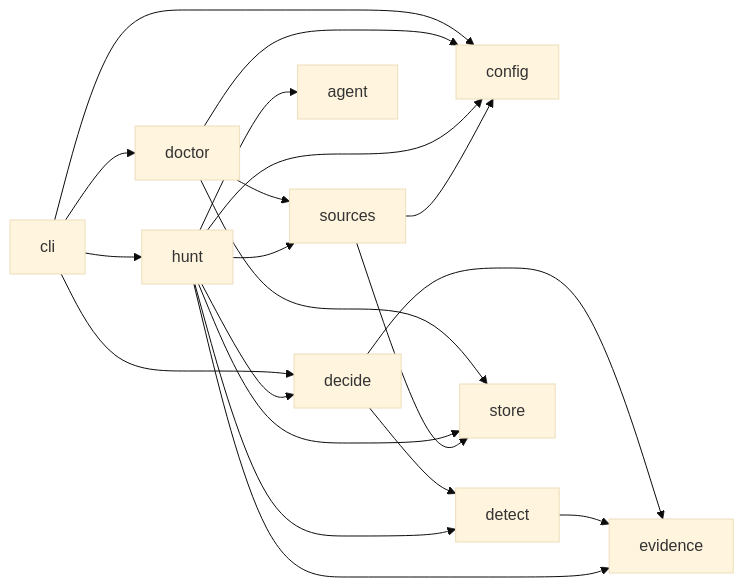
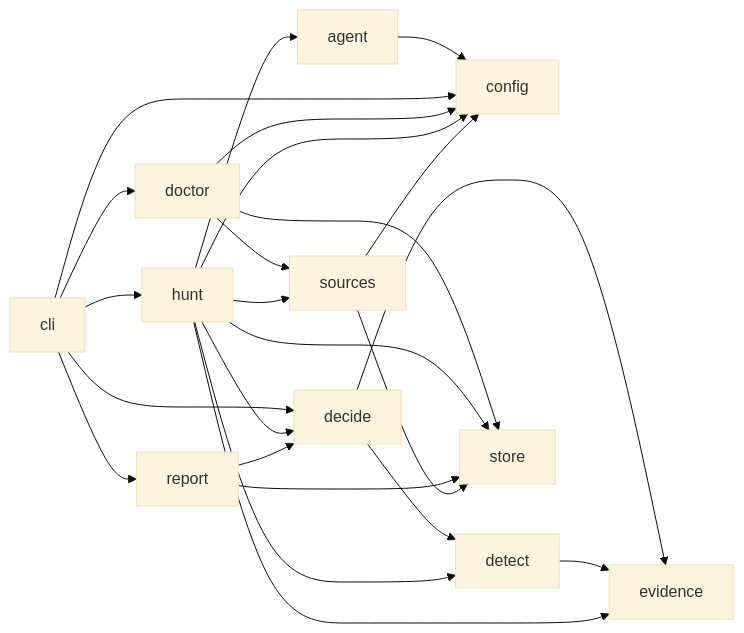
Before and after one commit to nickthabib-cloud/ROMULUS: the diagram in docs/architecture/MODULE_MAP.md, drawn with Mermaid (base theme). The commit also changed other lines of this file and 8 other files, not shown here.

Commit message:
M1: report manifest with immutable revisions and citation integrity, technical Markdown/JSON renderers, report CLI; Ollama client; hunts record agent availability honestly

````diff
--- a/docs/architecture/MODULE_MAP.md
+++ b/docs/architecture/MODULE_MAP.md
@@ -44,22 +49,26 @@
 ```mermaid
 graph LR
+  agent --> config
   cli --> config
   cli --> decide
   cli --> doctor
   cli --> hunt
+  cli --> report
   decide --> detect
   decide --> evidence
   detect --> evidence
   doctor --> config
   doctor --> sources
   doctor --> store
   hunt --> agent
   hunt --> config
   hunt --> decide
   hunt --> detect
   hunt --> evidence
   hunt --> sources
   hunt --> store
+  report --> decide
+  report --> store
   sources --> config
   sources --> store
 ```
````
